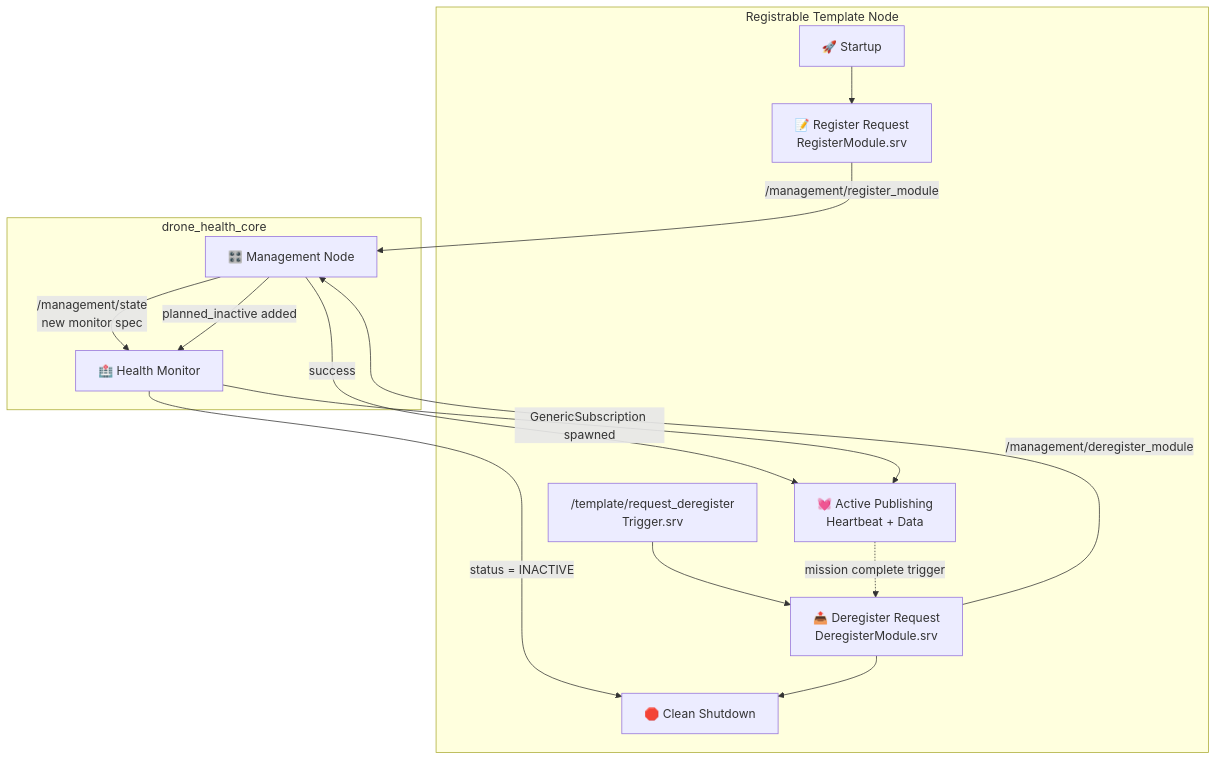
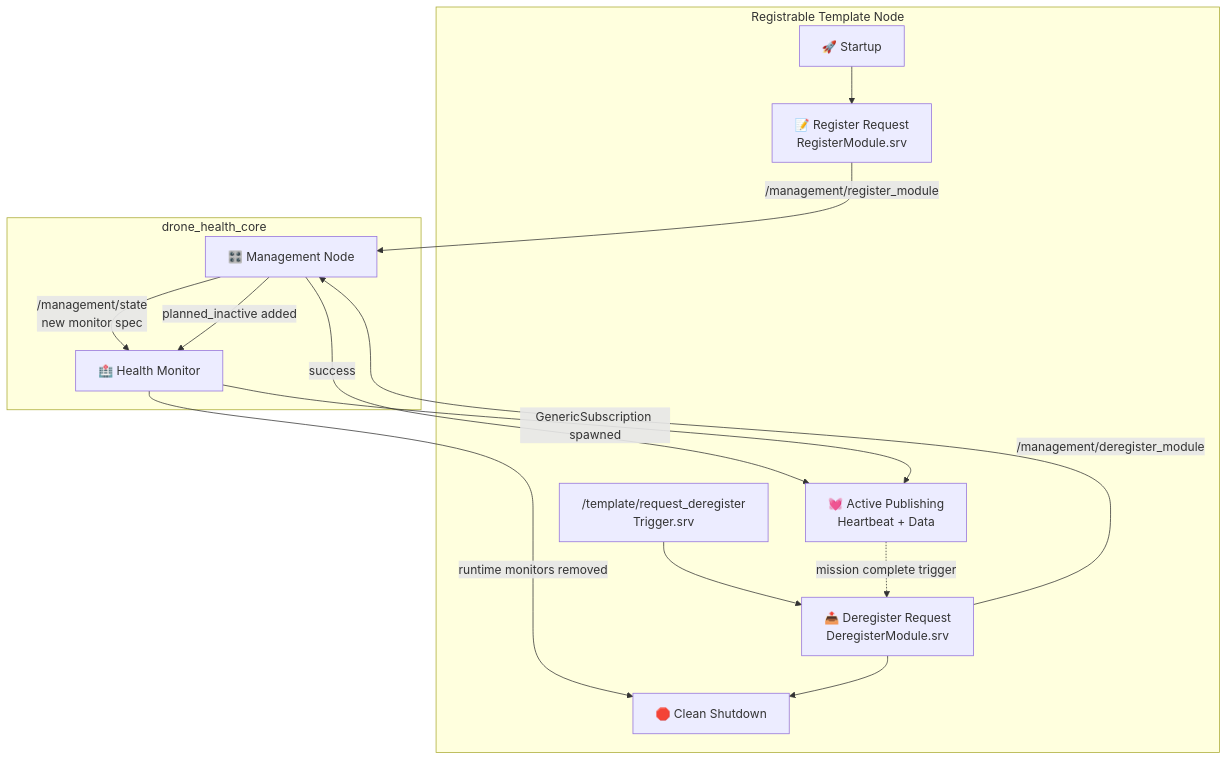
One commit to NILAMATHI1999/drone-health-modular-framework changed the diagram in src/drone_health_registrable_template/README.md. Above: the diagram before and after it, drawn with Mermaid. The commit also changed other lines of this file and 10 other files, not shown here.

````diff
--- a/src/drone_health_registrable_template/README.md
+++ b/src/drone_health_registrable_template/README.md
@@ -12,29 +12,29 @@
 ```mermaid
 graph TD
     subgraph Node [Registrable Template Node]
         Start["🚀 Startup"]
         Reg["📝 Register Request<br/>RegisterModule.srv"]
         Active["💓 Active Publishing<br/>Heartbeat + Data"]
         DeregSrv["/template/request_deregister<br/>Trigger.srv"]
         Dereg["📤 Deregister Request<br/>DeregisterModule.srv"]
         Shutdown["🛑 Clean Shutdown"]
     end
 
     subgraph Core [drone_health_core]
         MN["🎛️ Management Node"]
         HM["🏥 Health Monitor"]
     end
 
     Start --> Reg
     Reg -->|"/management/register_module"| MN
     MN -->|"success"| Active
     MN -->|"/management/state<br/>new monitor spec"| HM
     HM -->|"GenericSubscription spawned"| Active
 
     DeregSrv --> Dereg
     Active -.->|"mission complete trigger"| Dereg
     Dereg -->|"/management/deregister_module"| MN
     MN -->|"planned_inactive added"| HM
-    HM -->|"status = INACTIVE"| Shutdown
+    HM -->|"runtime monitors removed"| Shutdown
     Dereg --> Shutdown
 ```
````
